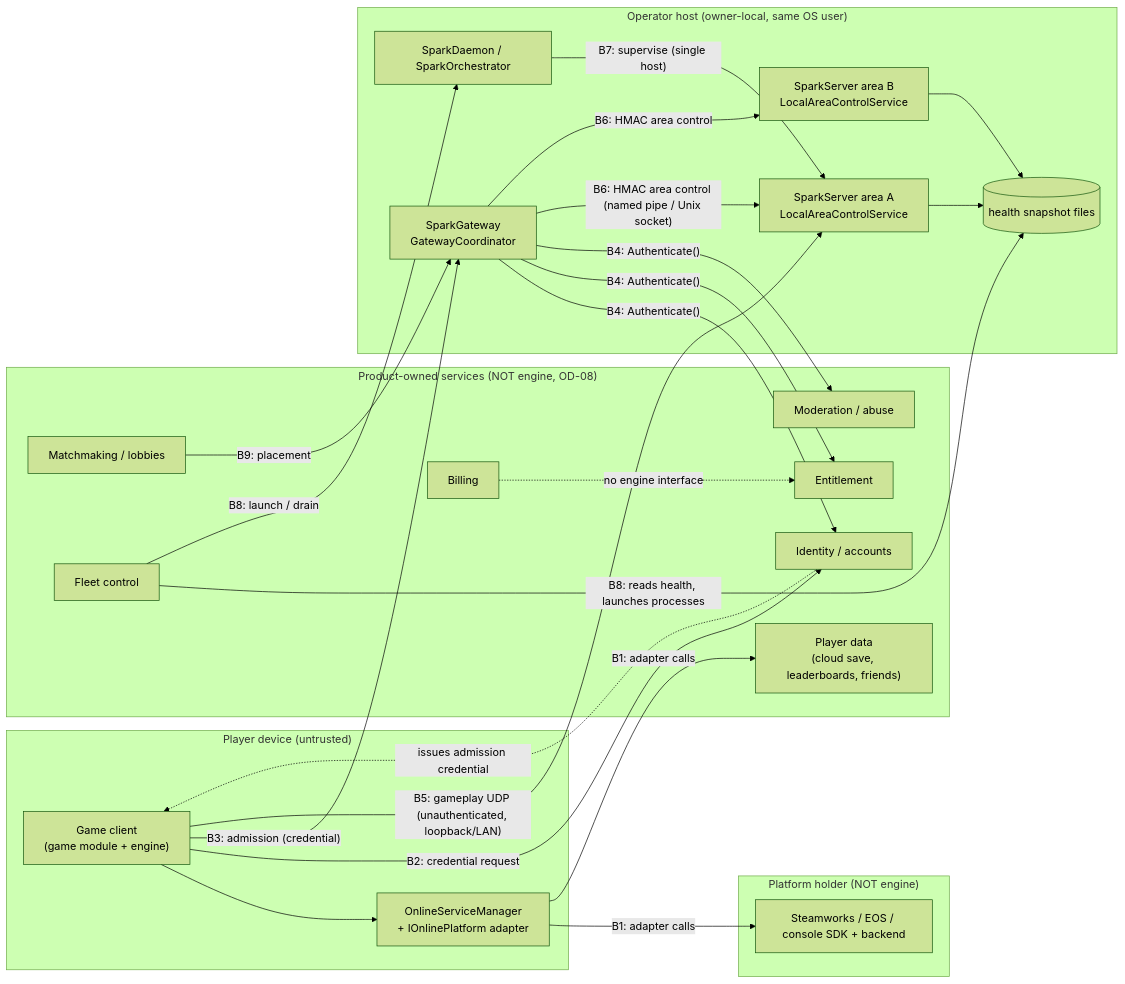
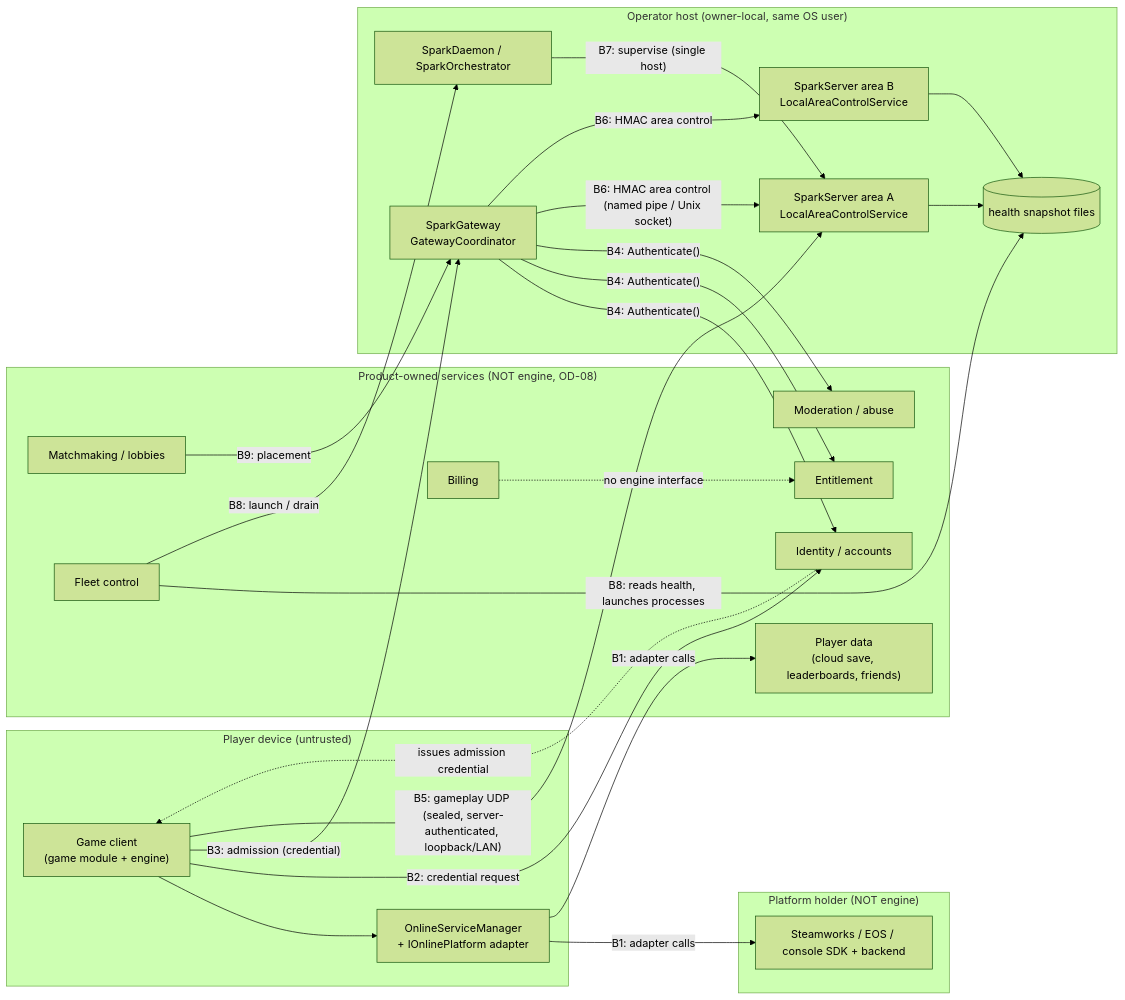
One commit to Krilliac/SparkEngine changed the diagram in docs/specs/online-services.md. Above: the diagram before and after it, drawn with Mermaid (forest theme). The commit also changed other lines of this file and 28 other files, not shown here.

````diff
--- a/docs/specs/online-services.md
+++ b/docs/specs/online-services.md
@@ -55,49 +55,49 @@
 ```mermaid
 flowchart LR
     subgraph ClientHost["Player device (untrusted)"]
         Game["Game client<br/>(game module + engine)"]
         OSM["OnlineServiceManager<br/>+ IOnlinePlatform adapter"]
         Game --> OSM
     end
 
     subgraph Product["Product-owned services (NOT engine, OD-08)"]
         Identity["Identity / accounts"]
         Match["Matchmaking / lobbies"]
         Fleet["Fleet control"]
         Moderation["Moderation / abuse"]
         Entitlement["Entitlement"]
         Billing["Billing"]
         PlayerData["Player data<br/>(cloud save, leaderboards, friends)"]
     end
 
     subgraph Vendor["Platform holder (NOT engine)"]
         PlatformSDK["Steamworks / EOS / console SDK + backend"]
     end
 
     subgraph ServerHost["Operator host (owner-local, same OS user)"]
         Gateway["SparkGateway<br/>GatewayCoordinator"]
         AreaA["SparkServer area A<br/>LocalAreaControlService"]
         AreaB["SparkServer area B<br/>LocalAreaControlService"]
         Daemon["SparkDaemon / SparkOrchestrator"]
         Health[("health snapshot files")]
     end
 
     OSM -- "B1: adapter calls" --> PlatformSDK
     OSM -- "B1: adapter calls" --> PlayerData
     Game -- "B2: credential request" --> Identity
     Identity -. "issues admission credential" .-> Game
     Game -- "B3: admission (credential)" --> Gateway
     Gateway -- "B4: Authenticate()" --> Identity
     Gateway -- "B4: Authenticate()" --> Entitlement
     Gateway -- "B4: Authenticate()" --> Moderation
-    Game -- "B5: gameplay UDP (unauthenticated, loopback/LAN)" --> AreaA
+    Game -- "B5: gameplay UDP (sealed, server-authenticated, loopback/LAN)" --> AreaA
     Gateway -- "B6: HMAC area control (named pipe / Unix socket)" --> AreaA
     Gateway -- "B6: HMAC area control" --> AreaB
     Daemon -- "B7: supervise (single host)" --> AreaA
     AreaA --> Health
     AreaB --> Health
     Fleet -- "B8: reads health, launches processes" --> Health
     Fleet -- "B8: launch / drain" --> Daemon
     Match -- "B9: placement" --> Gateway
     Billing -. "no engine interface" .-> Entitlement
 ```
````
